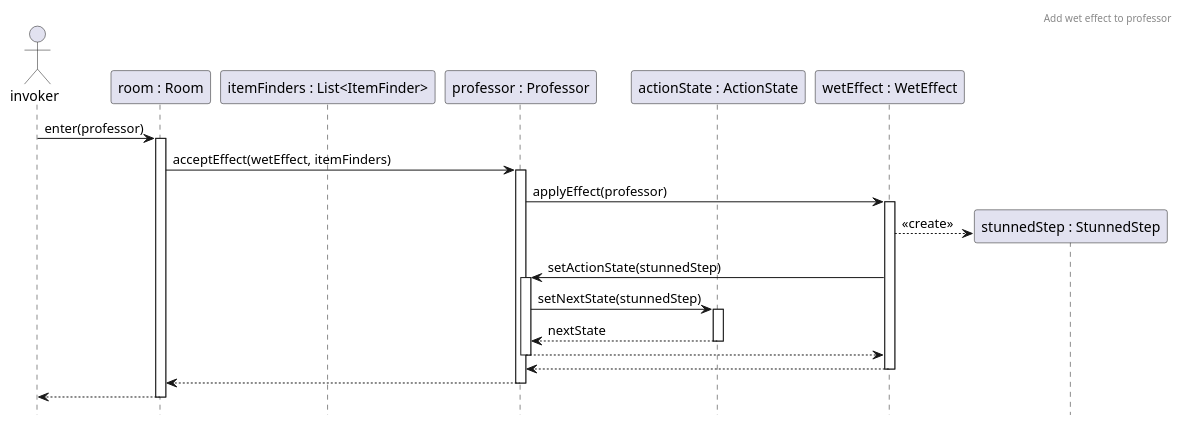
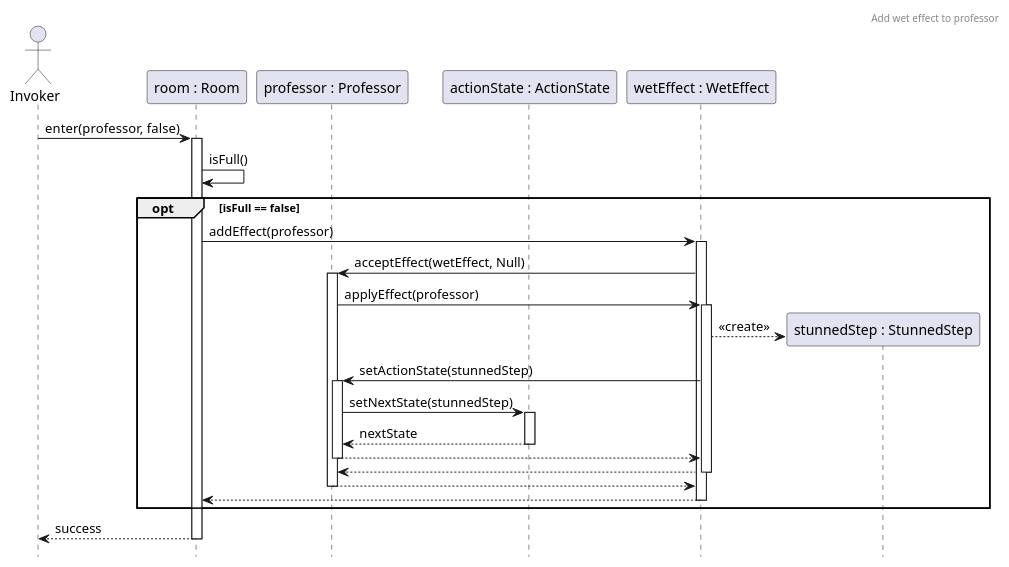
Before and after one commit to Kristof-me/Logarlec: the diagram in docs/sequence/effect/wet/WetEffectProfessor.puml, drawn with PlantUML. The commit also changed 4 other files, not shown here.

Commit message:
Checked Sequence 06-12

```diff
--- a/docs/sequence/effect/wet/WetEffectProfessor.puml
+++ b/docs/sequence/effect/wet/WetEffectProfessor.puml
@@ -1,28 +1,33 @@
 @startuml WetEffectProfessor
 header Add wet effect to professor
 hide footbox
 
-actor Controller as "invoker"
+actor Controller as "Invoker"
 participant Room as "room : Room"
-participant List as "itemFinders : List<ItemFinder>"
 participant Actor as "professor : Professor"
 participant State as "actionState : ActionState"
-participant GasEffect as "wetEffect : WetEffect"
+participant WetEffect as "wetEffect : WetEffect"
 
-Controller -> Room : enter(professor)
-activate Room
+Controller -> Room ++: enter(professor, false)
 
-Room -> Actor++: acceptEffect(wetEffect, itemFinders)
-Actor -> GasEffect++: applyEffect(professor)
+Room -> Room : isFull()
 
-create StunnedStep as "stunnedStep : StunnedStep"
-GasEffect --> StunnedStep: <<create>>
-GasEffect -> Actor++: setActionState(stunnedStep)
-Actor -> State ++ : setNextState(stunnedStep)
-return nextState
-return
-return
-return
-return
+opt isFull == false
+    Room -> WetEffect ++: addEffect(professor)
+    WetEffect -> Actor++: acceptEffect(wetEffect, Null)
+    Actor -> WetEffect++: applyEffect(professor)
+
+    create StunnedStep as "stunnedStep : StunnedStep"
+    WetEffect --> StunnedStep: <<create>>
+    WetEffect -> Actor++: setActionState(stunnedStep)
+    Actor -> State ++ : setNextState(stunnedStep)
+    return nextState
+    return
+    return
+    return
+    return
+end
+
+return success
 
 @enduml
```
